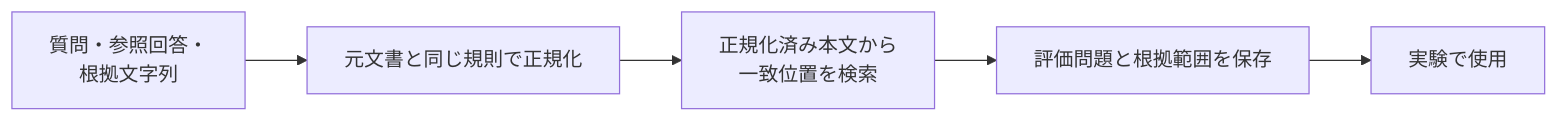
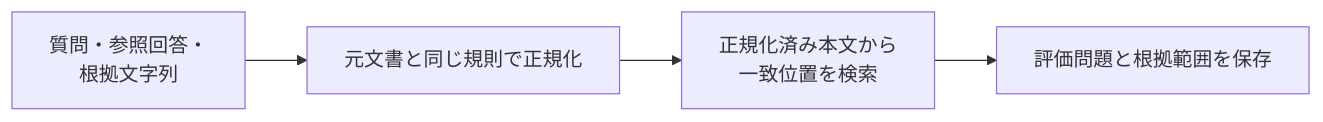
Before and after one commit to takashit16833/RAGScope: the fourth of 4 diagrams in project-docs/design/システムアーキテクチャ.md, drawn with Mermaid. The commit also changed other lines of this file and 4 other files, not shown here.

````diff
--- a/project-docs/design/システムアーキテクチャ.md
+++ b/project-docs/design/システムアーキテクチャ.md
@@ -334,7 +230,6 @@
 ```mermaid
 flowchart LR
     Input["質問・参照回答・<br>根拠文字列"] --> Normalize["元文書と同じ規則で正規化"]
     Normalize --> Locate["正規化済み本文から<br>一致位置を検索"]
     Locate --> Case["評価問題と根拠範囲を保存"]
-    Case --> Run["実験で使用"]
 ```
````
